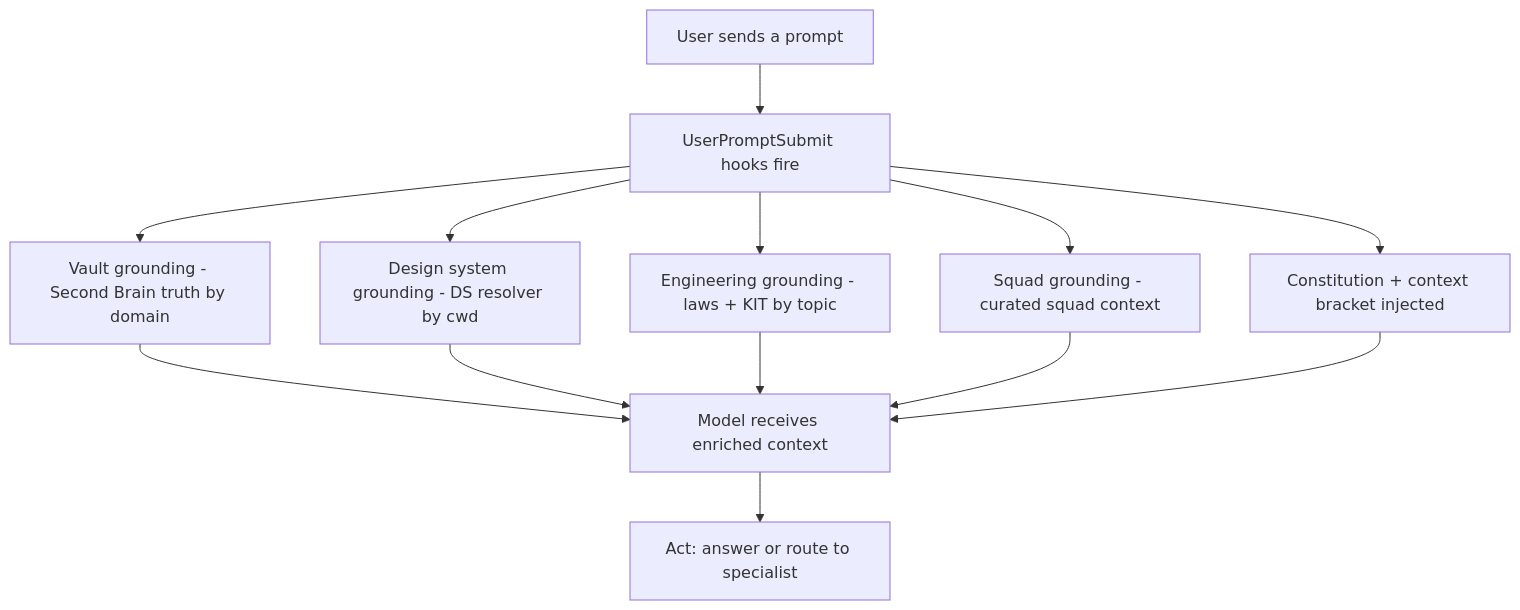
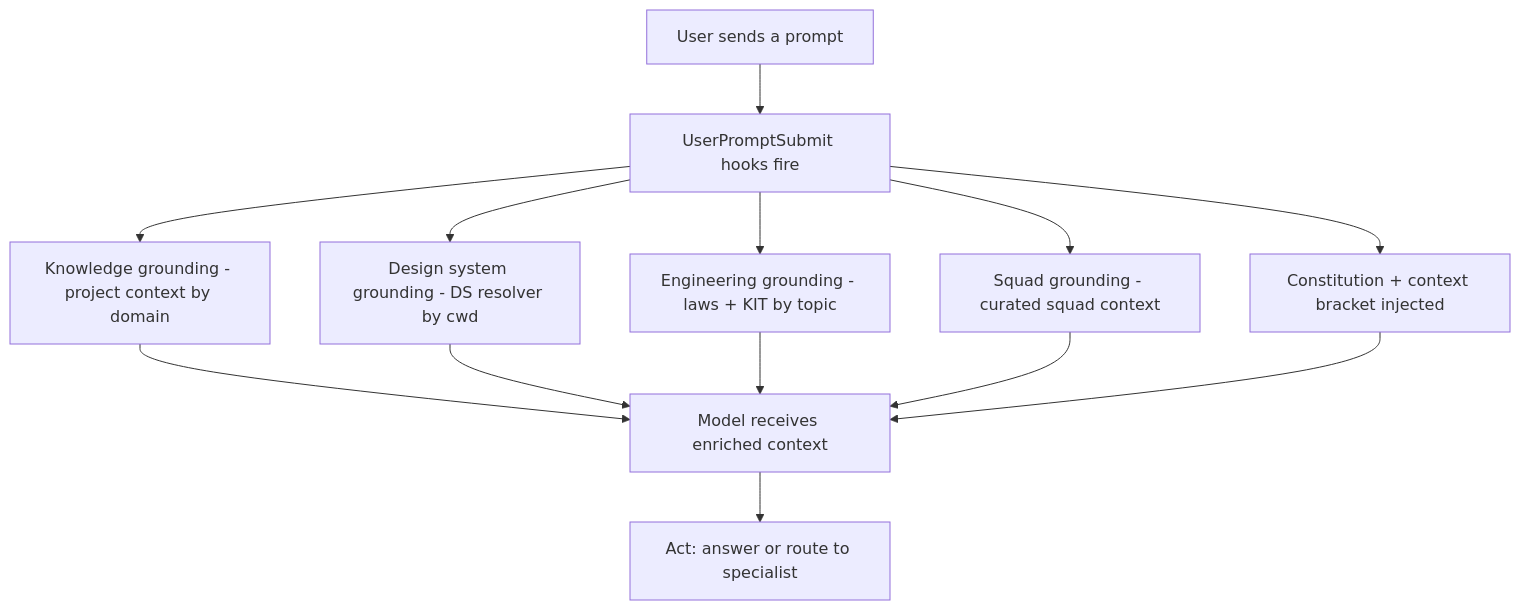
One commit to caioimori/sinapse-ai changed the ninth of 14 diagrams in docs/framework/atlas/OPERATING-ATLAS.md. Above: the diagram before and after it, drawn with Mermaid. The commit also changed other lines of this file and 7 other files, not shown here.

````diff
--- a/docs/framework/atlas/OPERATING-ATLAS.md
+++ b/docs/framework/atlas/OPERATING-ATLAS.md
@@ -244,15 +244,15 @@
 ```mermaid
 flowchart TD
     P[User sends a prompt] --> H[UserPromptSubmit hooks fire]
-    H --> VG[Vault grounding - Second Brain truth by domain]
+    H --> VG[Knowledge grounding - project context by domain]
     H --> DS[Design system grounding - DS resolver by cwd]
     H --> EG[Engineering grounding - laws + KIT by topic]
     H --> SG[Squad grounding - curated squad context]
     H --> CR[Constitution + context bracket injected]
     VG --> M[Model receives enriched context]
     DS --> M
     EG --> M
     SG --> M
     CR --> M
     M --> ACT[Act: answer or route to specialist]
 ```
````
